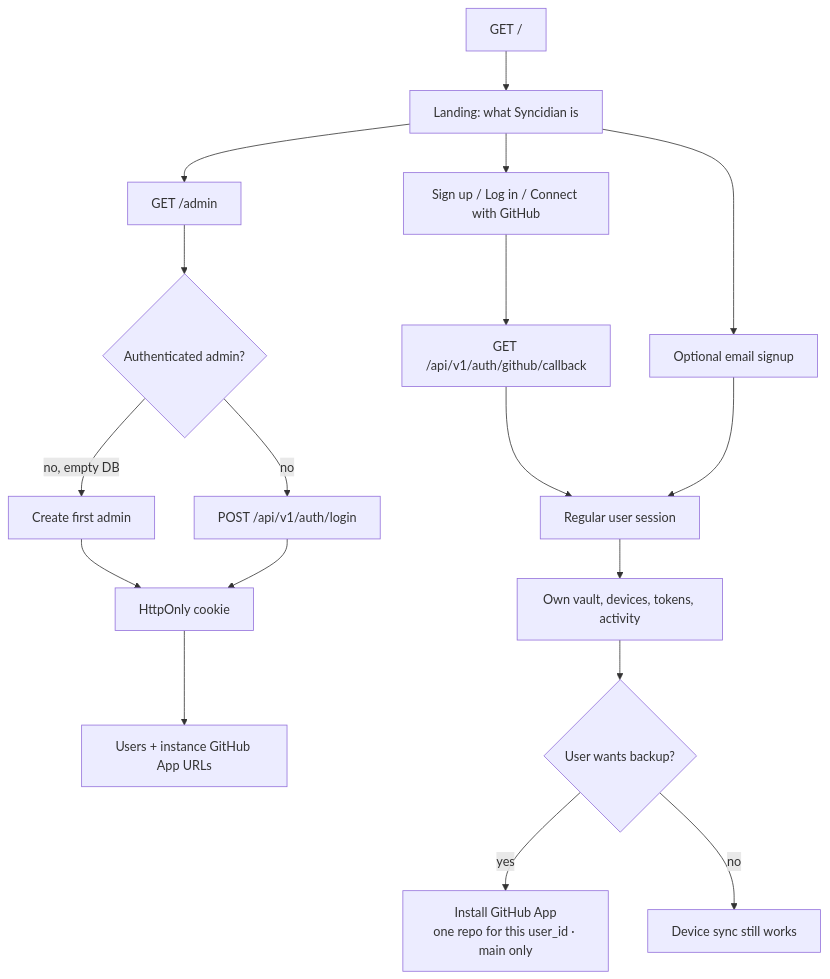
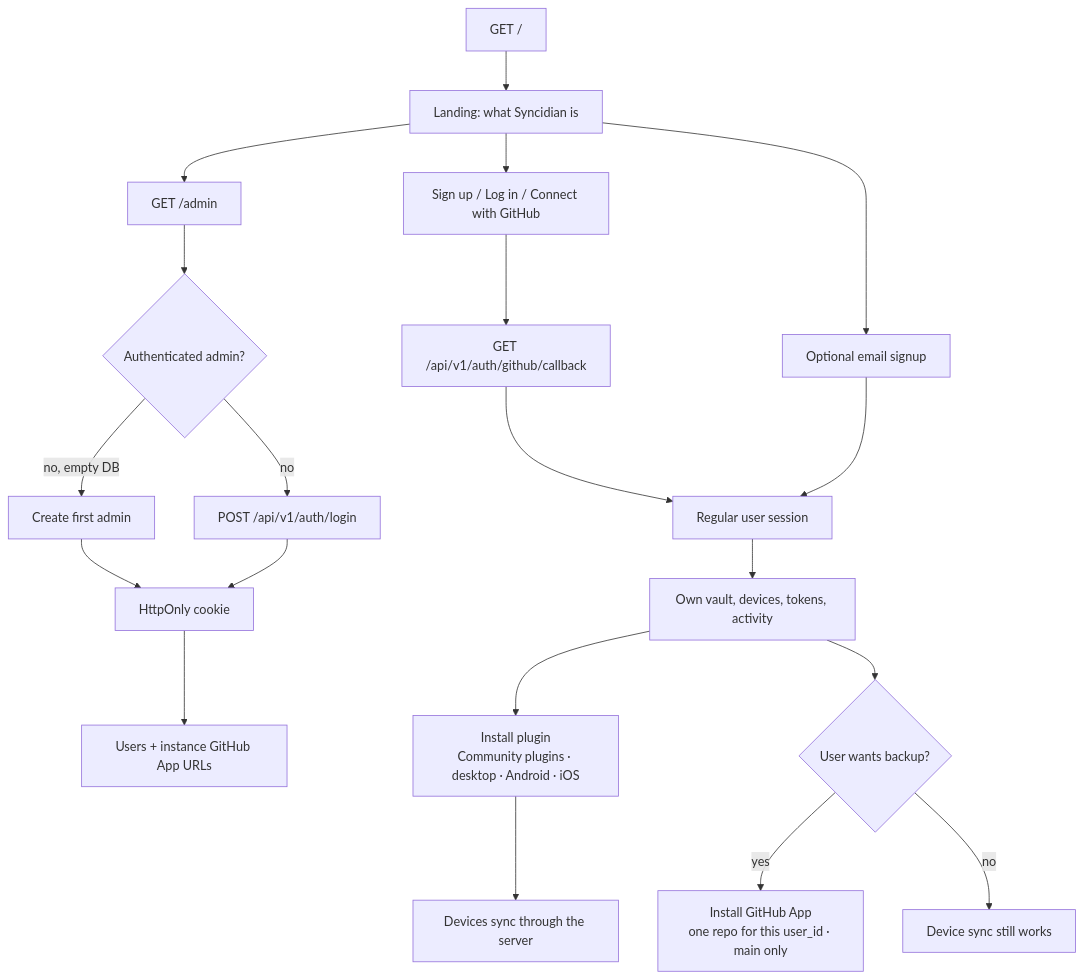
The fourth of 13 diagrams in docs/architecture.md (shangeethsivan/Syncidian), drawn with Mermaid before and after one commit. The commit also changed other lines of this file and 2 other files, not shown here.

First line of the commit message:
Update architecture diagrams for mobile plugin transport

````diff
--- a/docs/architecture.md
+++ b/docs/architecture.md
@@ -132,22 +134,24 @@
 ```mermaid
 flowchart TD
   Open["GET /"] --> Land["Landing: what Syncidian is"]
   Land --> GH["Sign up / Log in / Connect with GitHub"]
   Land --> Email["Optional email signup"]
   Land --> AdminLink["GET /admin"]
 
   AdminLink --> Auth{"Authenticated admin?"}
   Auth -->|no, empty DB| Form["Create first admin"]
   Auth -->|no| Login["POST /api/v1/auth/login"]
   Form --> Cookie["HttpOnly cookie"]
   Login --> Cookie
   Cookie --> Manage["Users + instance GitHub App URLs"]
 
   GH --> OAuth["GET /api/v1/auth/github/callback"]
   OAuth --> User["Regular user session"]
   Email --> User
   User --> Own["Own vault, devices, tokens, activity"]
+  Own --> Plug["Install plugin<br/>Community plugins · desktop · Android · iOS"]
+  Plug --> Sync["Devices sync through the server"]
   Own --> Backup{"User wants backup?"}
   Backup -->|yes| One["Install GitHub App<br/>one repo for this user_id · main only"]
   Backup -->|no| SyncOnly["Device sync still works"]
 ```
````
